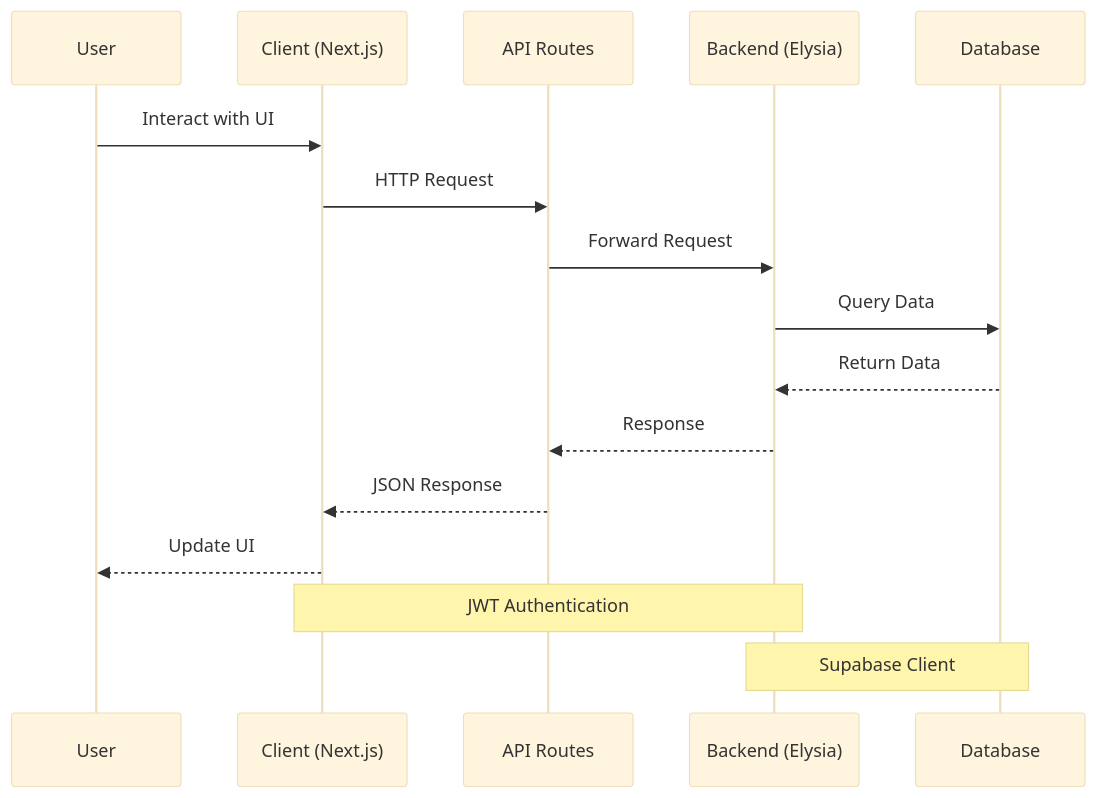
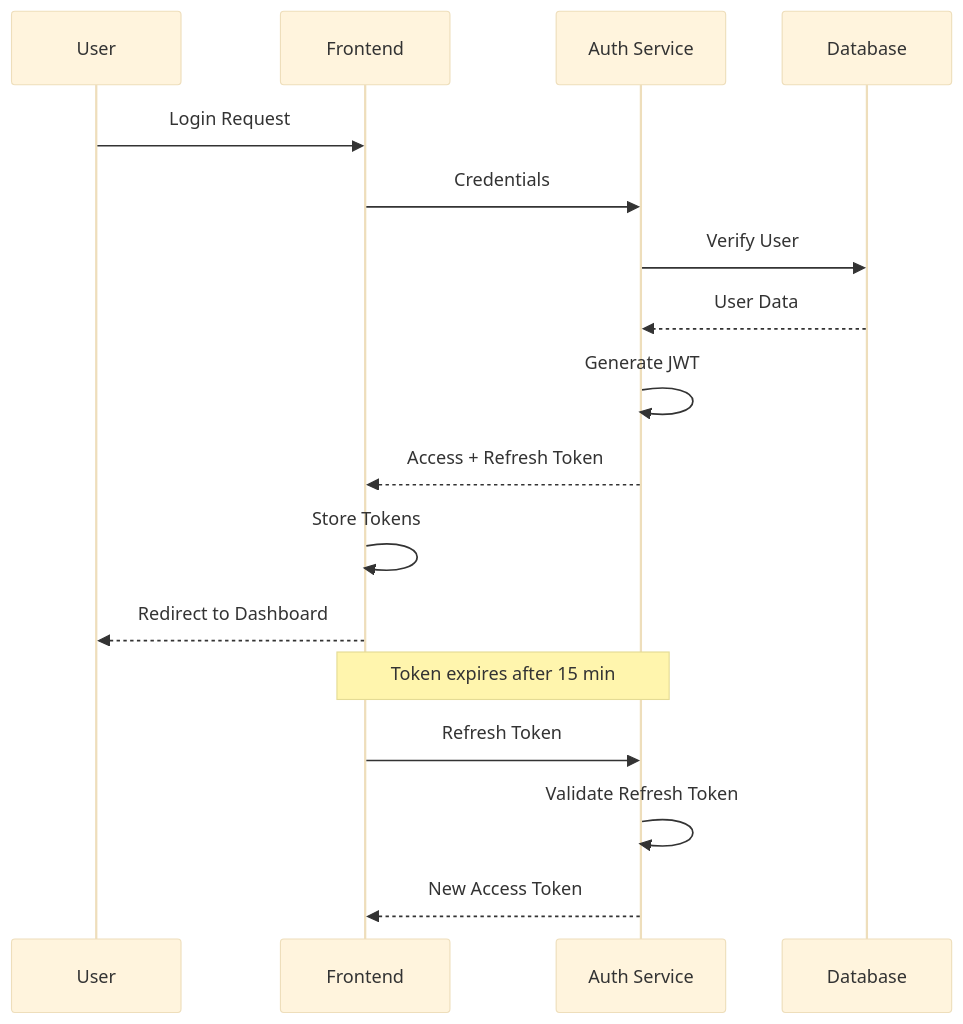
The seventh of 14 diagrams in README.md (amertarva/amertask), drawn with Mermaid (base theme) before and after one commit. The commit also changed other lines of this file and 150 other files, not shown here.

````diff
--- a/README.md
+++ b/README.md
@@ -262,20 +337,22 @@
 ```mermaid
 sequenceDiagram
     participant U as User
-    participant C as Client (Next.js)
-    participant A as API Routes
-    participant B as Backend (Elysia)
+    participant F as Frontend
+    participant A as Auth Service
     participant D as Database
 
-    U->>C: Interact with UI
-    C->>A: HTTP Request
-    A->>B: Forward Request
-    B->>D: Query Data
-    D-->>B: Return Data
-    B-->>A: Response
-    A-->>C: JSON Response
-    C-->>U: Update UI
+    U->>F: Login Request
+    F->>A: Credentials
+    A->>D: Verify User
+    D-->>A: User Data
+    A->>A: Generate JWT
+    A-->>F: Access + Refresh Token
+    F->>F: Store Tokens
+    F-->>U: Redirect to Dashboard
 
-    Note over C,B: JWT Authentication
-    Note over B,D: Supabase Client
+    Note over F,A: Token expires after 15 min
+
+    F->>A: Refresh Token
+    A->>A: Validate Refresh Token
+    A-->>F: New Access Token
 ```
````
